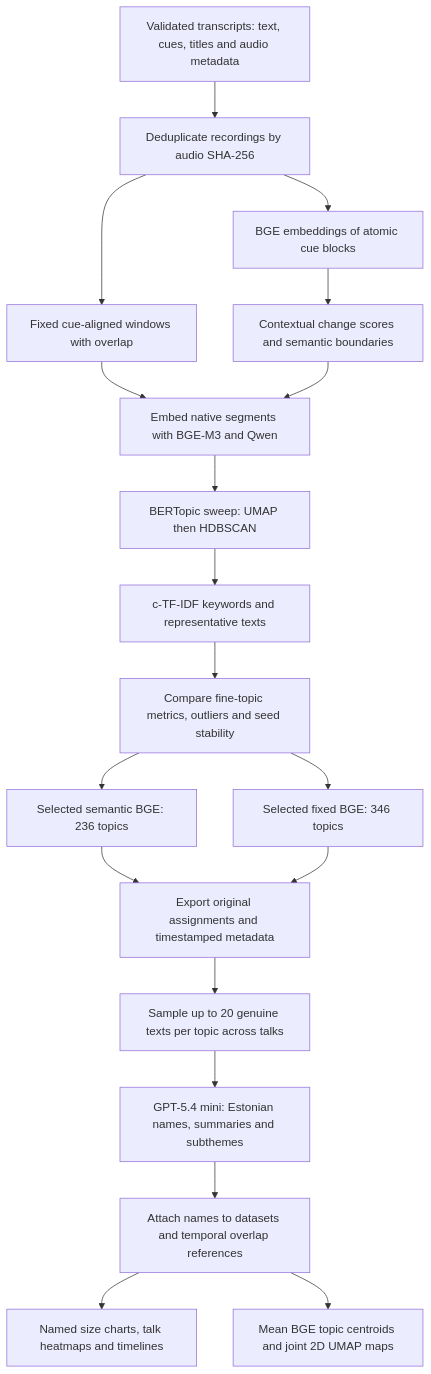
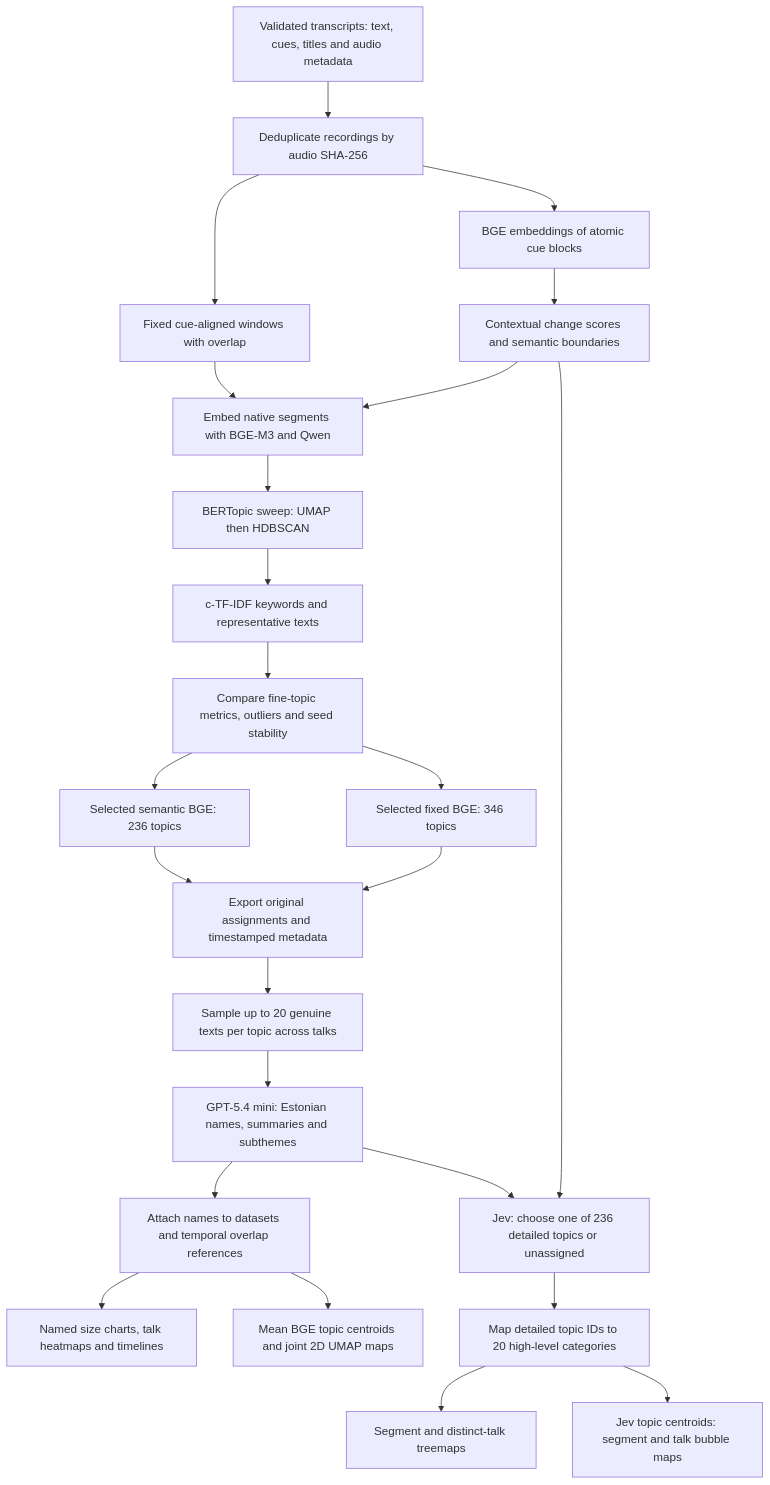
Before and after one commit to RRisto/arvamusfestivali_analyys: the diagram in README.md, drawn with Mermaid. The commit also changed other lines of this file and 939 other files, not shown here.

First line of the commit message:
Add Jev classification and year-aware topic analysis

````diff
--- a/README.md
+++ b/README.md
@@ -188,21 +190,26 @@
 ```mermaid
 flowchart TD
     A[Validated transcripts: text, cues, titles and audio metadata] --> B[Deduplicate recordings by audio SHA-256]
     B --> C[Fixed cue-aligned windows with overlap]
     B --> D[BGE embeddings of atomic cue blocks]
     D --> E[Contextual change scores and semantic boundaries]
     C --> F[Embed native segments with BGE-M3 and Qwen]
     E --> F
     F --> G[BERTopic sweep: UMAP then HDBSCAN]
     G --> H[c-TF-IDF keywords and representative texts]
     H --> I[Compare fine-topic metrics, outliers and seed stability]
     I --> J[Selected semantic BGE: 236 topics]
     I --> K[Selected fixed BGE: 346 topics]
     J --> L[Export original assignments and timestamped metadata]
     K --> L
     L --> M[Sample up to 20 genuine texts per topic across talks]
     M --> N[GPT-5.4 mini: Estonian names, summaries and subthemes]
     N --> O[Attach names to datasets and temporal overlap references]
     O --> P[Named size charts, talk heatmaps and timelines]
     O --> Q[Mean BGE topic centroids and joint 2D UMAP maps]
+    N --> R[Jev: choose one of 236 detailed topics or unassigned]
+    E --> R
+    R --> S[Map detailed topic IDs to 20 high-level categories]
+    S --> T[Segment and distinct-talk treemaps]
+    S --> U[Jev topic centroids: segment and talk bubble maps]
 ```
````
